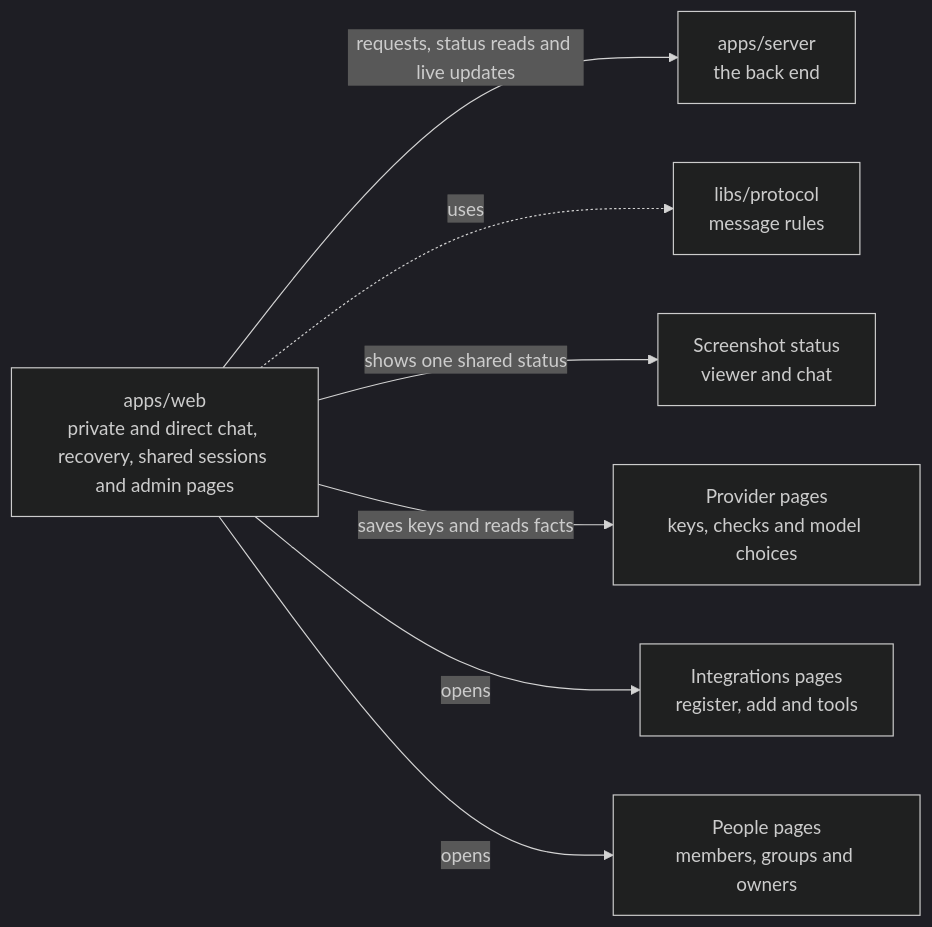
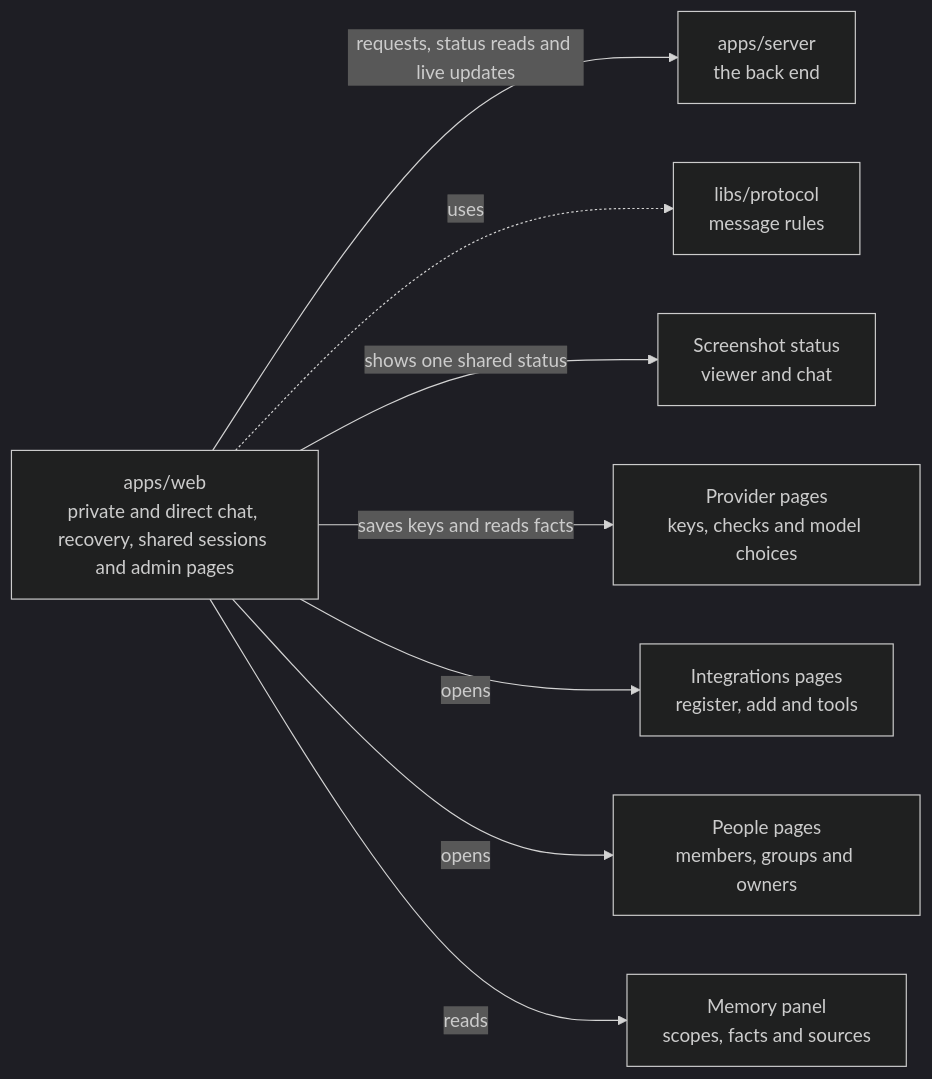
Before and after one commit to elewa-git/opencrane-new: the diagram in apps/web/README.md, drawn with Mermaid (dark theme). The commit also changed other lines of this file and 12 other files, not shown here.

Commit message:
🧠 Add the read-only Memory panel

````diff
--- a/apps/web/README.md
+++ b/apps/web/README.md
@@ -11,9 +11,10 @@
 ```mermaid
 flowchart LR
   web["apps/web<br/>private and direct chat, recovery, shared sessions and admin pages"] -->|requests, status reads and live updates| server["apps/server<br/>the back end"]
   web -.->|uses| protocol["libs/protocol<br/>message rules"]
   web -->|shows one shared status| capture["Screenshot status<br/>viewer and chat"]
   web -->|saves keys and reads facts| providers["Provider pages<br/>keys, checks and model choices"]
   web -->|opens| integrations["Integrations pages<br/>register, add and tools"]
   web -->|opens| people["People pages<br/>members, groups and owners"]
+  web -->|reads| memory["Memory panel<br/>scopes, facts and sources"]
 ```
````
